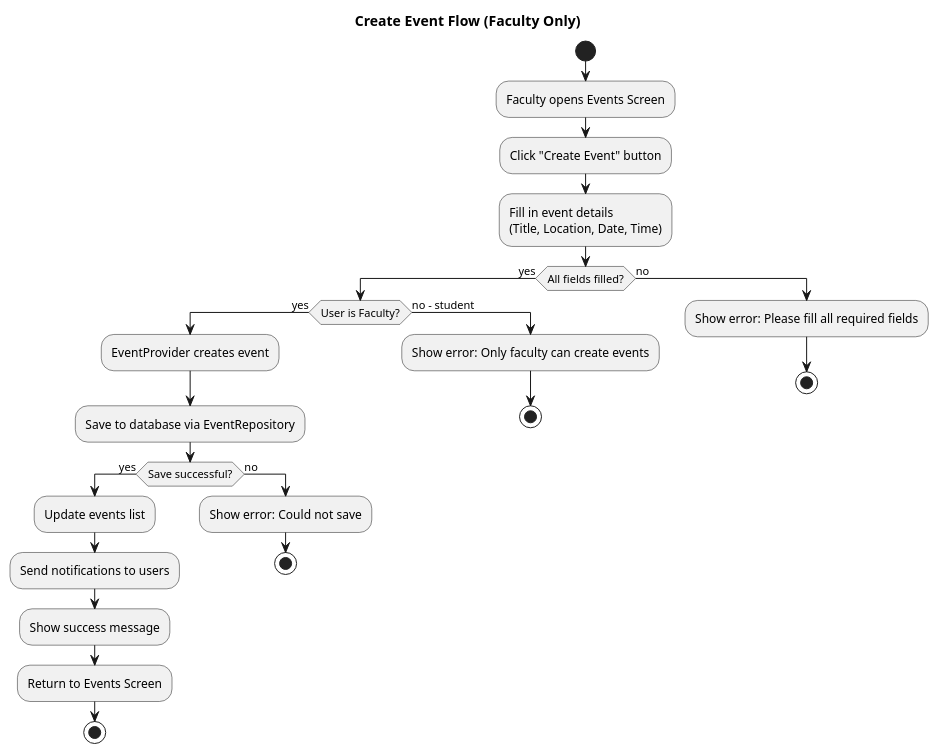
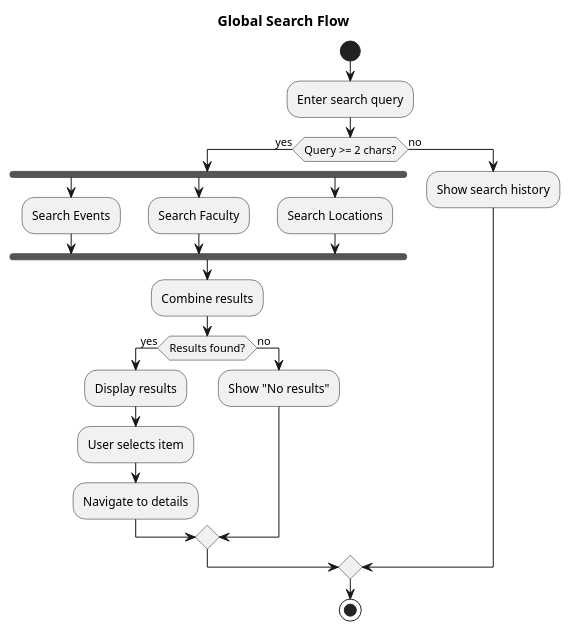
Before and after one commit to umeshwayakole27/campus_connect_fl: the sixth of 7 diagrams in uml-diagrams.md, drawn with PlantUML. The commit also changed other lines of this file and 2 other files, not shown here.

First line of the commit message:
fix: Optimize profile picture upload and fix crop screen overlay

````diff
--- a/uml-diagrams.md
+++ b/uml-diagrams.md
@@ -445,46 +280,34 @@
 ```plantuml
 @startuml
-title Create Event Flow (Faculty Only)
+title Global Search Flow
 
 start
 
-:Faculty opens Events Screen;
+:Enter search query;
 
-:Click "Create Event" button;
+if (Query >= 2 chars?) then (yes)
+  fork
+    :Search Events;
+  fork again
+    :Search Faculty;
+  fork again
+    :Search Locations;
+  end fork
+  
+  :Combine results;
+  
+  if (Results found?) then (yes)
+    :Display results;
+    :User selects item;
+    :Navigate to details;
+  else (no)
+    :Show "No results";
+  endif
+else (no)
+  :Show search history;
+endif
 
-:Fill in event details\n(Title, Location, Date, Time);
-
-if (All fields filled?) then (yes)
-  if (User is Faculty?) then (yes)
-    :EventProvider creates event;
-    
-    :Save to database via EventRepository;
-    
-    if (Save successful?) then (yes)
-      :Update events list;
-      
-      :Send notifications to users;
-      
-      :Show success message;
-      
-      :Return to Events Screen;
-      
-      stop
-      
-    else (no)
-      :Show error: Could not save;
-      stop
-    endif
-    
-  else (no - student)
-    :Show error: Only faculty can create events;
-    stop
-  endif
-  
-else (no)
-  :Show error: Please fill all required fields;
-  stop
-endif
+stop
 
 @enduml
 ```
````
